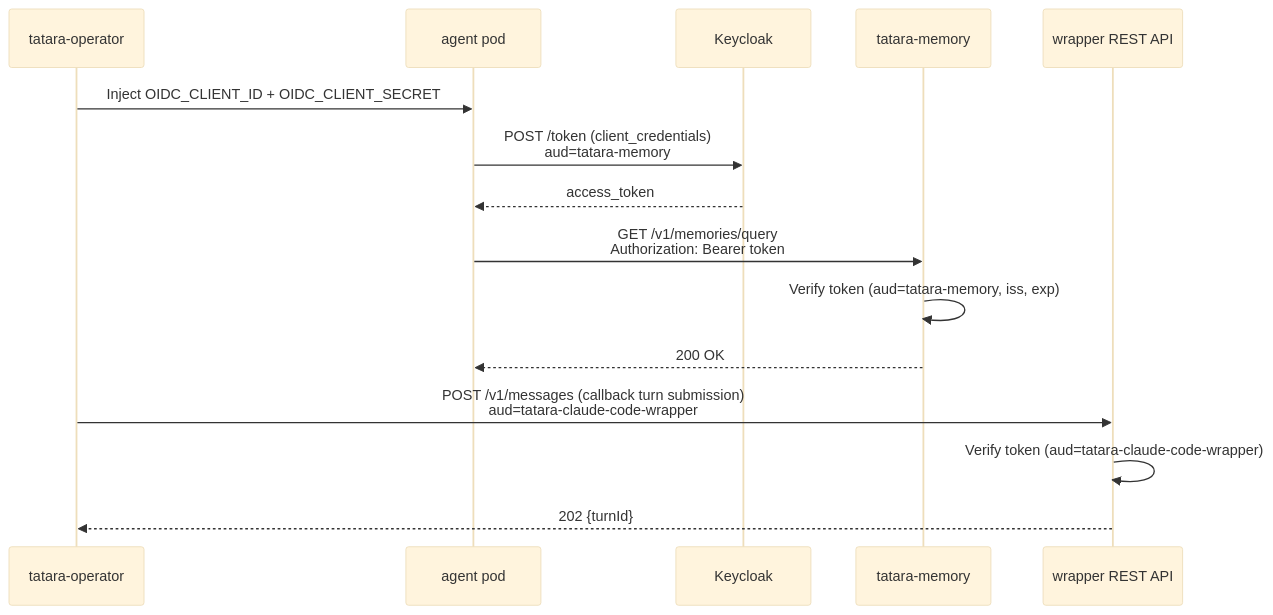
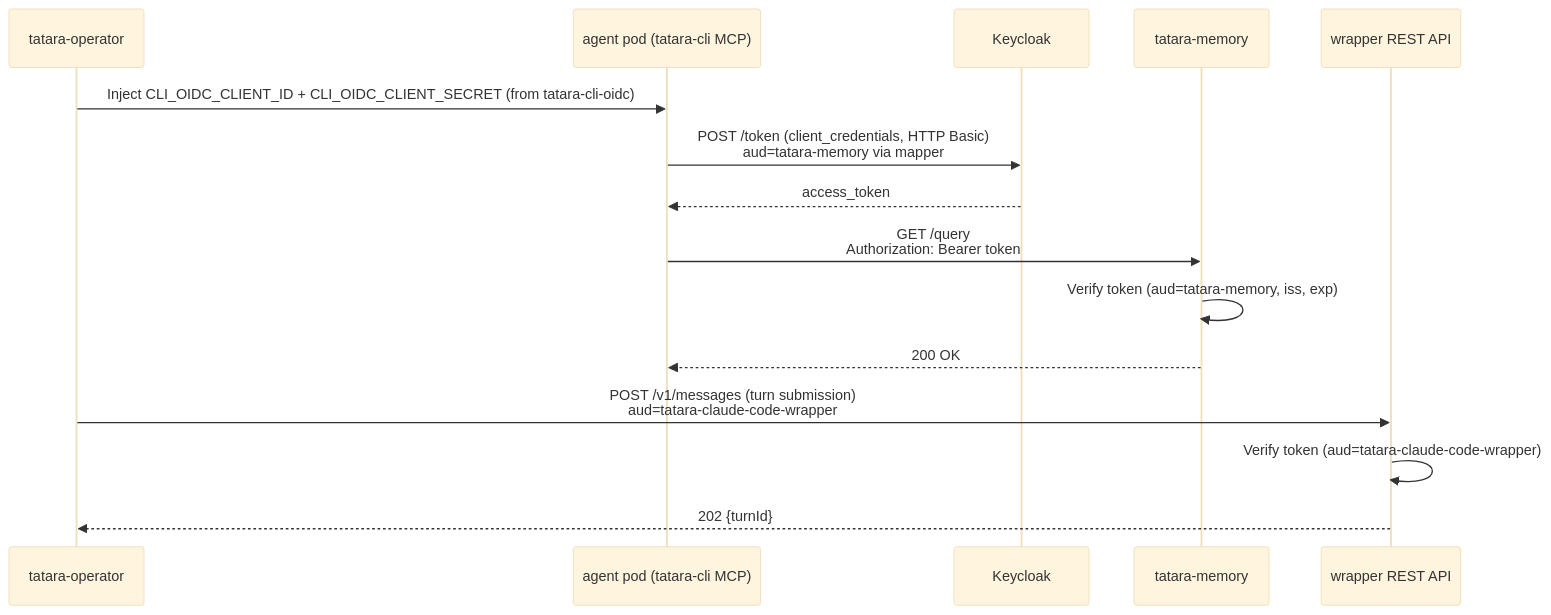
One commit to szymonrychu/tatara-documentation changed the diagram in docs/architecture/identity-and-oidc.md. Above: the diagram before and after it, drawn with Mermaid (base theme). The commit also changed other lines of this file and 44 other files, not shown here.

````diff
--- a/docs/architecture/identity-and-oidc.md
+++ b/docs/architecture/identity-and-oidc.md
@@ -61,19 +74,19 @@
 ```mermaid
 sequenceDiagram
     participant OP as tatara-operator
-    participant POD as agent pod
+    participant POD as agent pod (tatara-cli MCP)
     participant KC as Keycloak
     participant MEM as tatara-memory
     participant WRP as wrapper REST API
 
-    OP->>POD: Inject OIDC_CLIENT_ID + OIDC_CLIENT_SECRET
-    POD->>KC: POST /token (client_credentials)<br/>aud=tatara-memory
+    OP->>POD: Inject CLI_OIDC_CLIENT_ID + CLI_OIDC_CLIENT_SECRET (from tatara-cli-oidc)
+    POD->>KC: POST /token (client_credentials, HTTP Basic)<br/>aud=tatara-memory via mapper
     KC-->>POD: access_token
-    POD->>MEM: GET /v1/memories/query<br/>Authorization: Bearer token
+    POD->>MEM: GET /query<br/>Authorization: Bearer token
     MEM->>MEM: Verify token (aud=tatara-memory, iss, exp)
     MEM-->>POD: 200 OK
 
-    OP->>WRP: POST /v1/messages (callback turn submission)<br/>aud=tatara-claude-code-wrapper
+    OP->>WRP: POST /v1/messages (turn submission)<br/>aud=tatara-claude-code-wrapper
     WRP->>WRP: Verify token (aud=tatara-claude-code-wrapper)
     WRP-->>OP: 202 {turnId}
 ```
````
